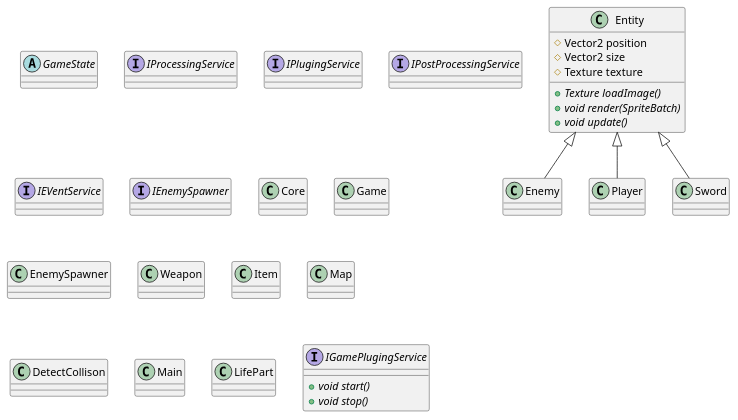
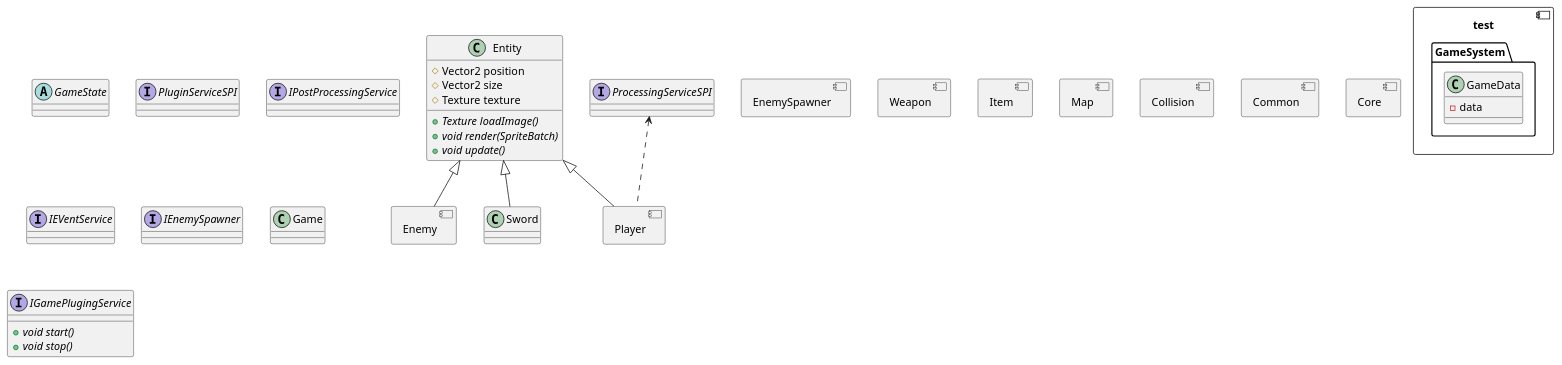
Before and after one commit to sesem4/Nelda: the diagram in docs/diagrams/classDiagram.puml, drawn with PlantUML. The commit also changed other lines of this file and 1 other file, not shown here.

Commit message:
Updated class diagrams

```diff
--- a/docs/diagrams/classDiagram.puml
+++ b/docs/diagrams/classDiagram.puml
@@ -1,43 +1,77 @@
 @startuml Class diagram
+/' allowmixing '/
 'https://plantuml.com/class-diagram
-
+/' skinparam component{
+    BackgroundColor Green
+} '/
 abstract class Entity
 abstract class GameState
-interface IProcessingService
-interface IPlugingService
+interface ProcessingServiceSPI
+interface PluginServiceSPI
 interface IPostProcessingService
 interface IEVentService
 interface IEnemySpawner
-class Core
+component test{
+    package GameSystem{
+        class GameData{
+            - data
+        }
+
+    }
+
+}
 class Game
-class Enemy
-class EnemySpawner
-class Weapon
-class Item
-class Map
-class DetectCollison
-class Player
-class Main
-class LifePart
+component Enemy{
+
+}
+component EnemySpawner{
+
+}
+component Weapon{
+
+}
+component Item{
+
+}
+component Map{
+
+}
+component Collision{
+    
+}
+component Player{
+
+}
+/' class PlayerProcessor '/
+/' class PlayerPlugin '/
+component Common{
+
+}
+component Core{
+
+}
+
+/' class LifePart '/
 class Entity{
 # Vector2 position
 # Vector2 size
 # Texture texture
 + {abstract} Texture loadImage()
 + {abstract} void render(SpriteBatch)
 + {abstract} void update()
 
 }
+ProcessingServiceSPI <.. Player
 interface IGamePlugingService{
  {abstract} + void start()
  {abstract} + void stop()
 }
 
 Entity <|-- Player
 Entity <|-- Enemy
 Entity <|-- Sword
 
 
 
 
 @enduml
```
